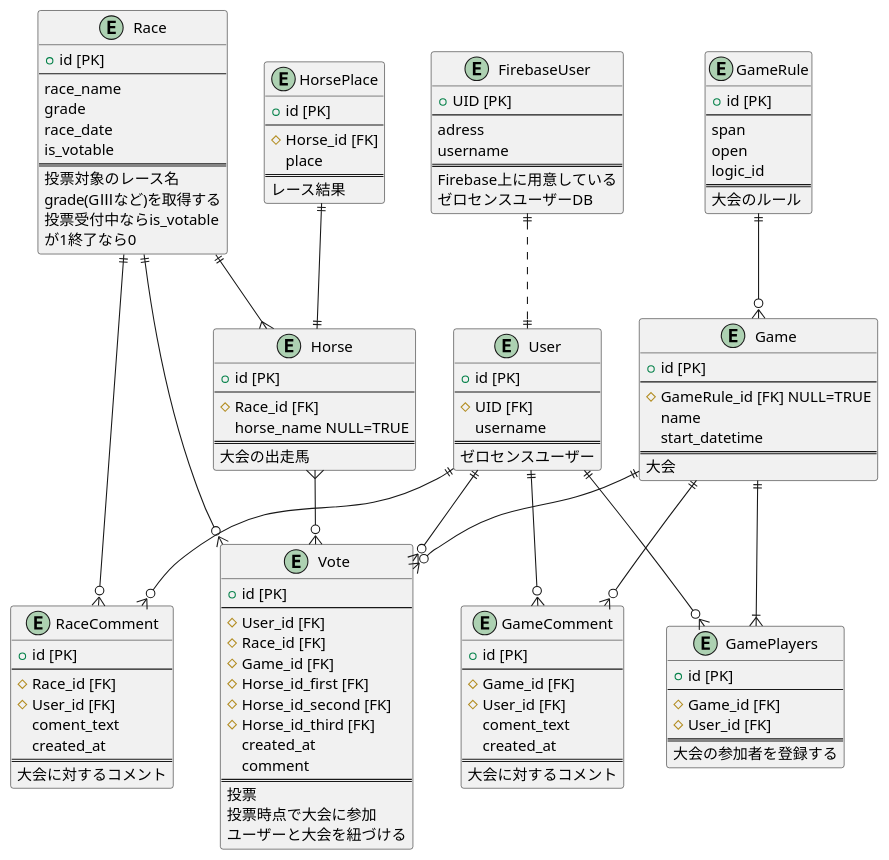
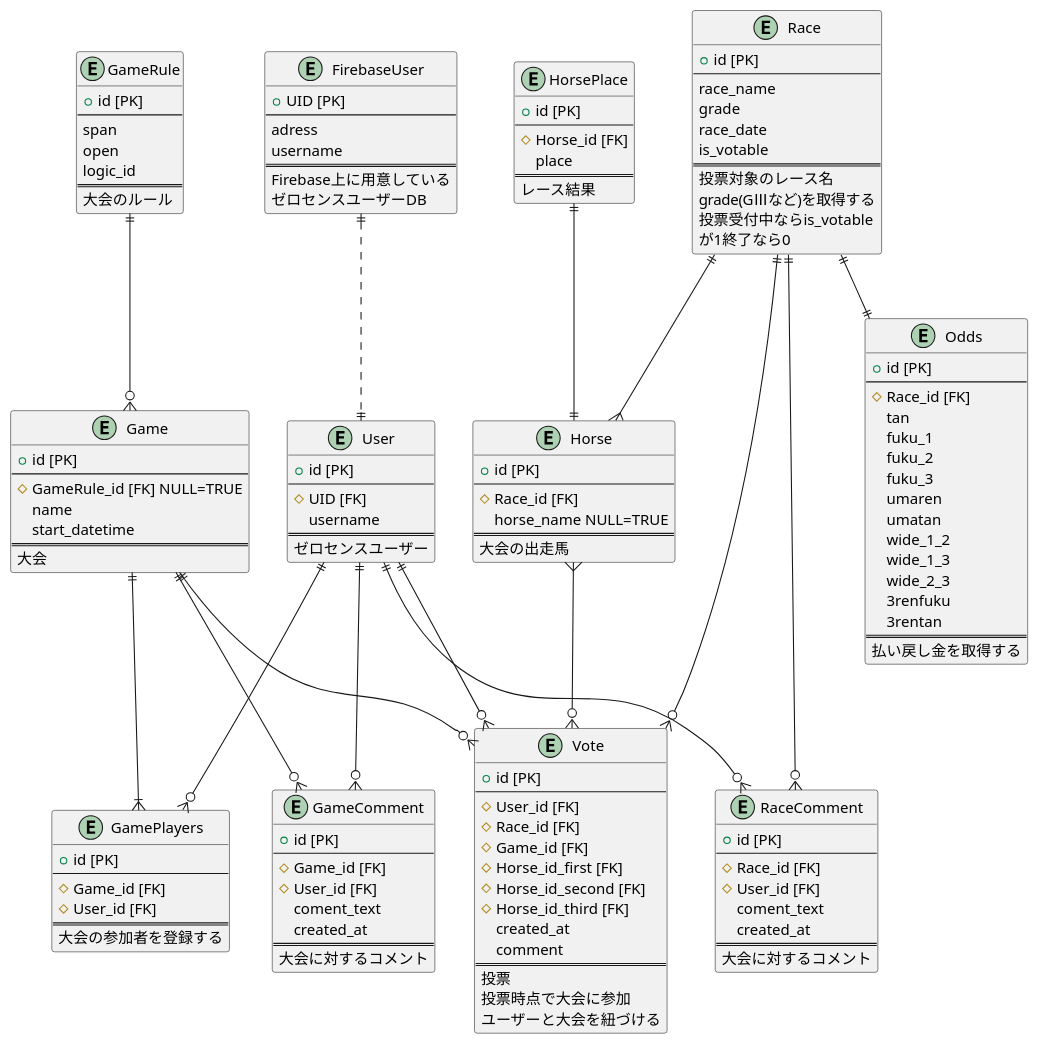
The diagram in UML/ER.pu (Kengo106/zerosense), drawn with PlantUML before and after one commit. The commit also changed 8 other files, not shown here.

```diff
--- a/UML/ER.pu
+++ b/UML/ER.pu
@@ -1,138 +1,157 @@
-@startuml 20230829_ER図
+@startuml 20230907_ER図
 
 
 entity HorsePlace {
   + id [PK]
   --
   # Horse_id [FK]
   place
   ==
   レース結果
 }
 
 entity User {
   + id [PK]
   --
   # UID [FK]
   username
   ==
   ゼロセンスユーザー
 }
 
 entity FirebaseUser {
   + UID [PK]
   --
   adress 
   username
   ==
   Firebase上に用意している
   ゼロセンスユーザーDB
 }
 
 entity Game {
   + id [PK]
   --
   # GameRule_id [FK] NULL=TRUE
   name
   start_datetime
   ==
   大会
 }
 
 entity GameRule {
   + id [PK]
   --
   span
   open
   logic_id
   ==
   大会のルール
 }
 
 entity Vote {
   + id [PK]
   --
   # User_id [FK]
   # Race_id [FK]
   # Game_id [FK]
   # Horse_id_first [FK]
   # Horse_id_second [FK]
   # Horse_id_third [FK]
   created_at
   comment
   ==
   投票
   投票時点で大会に参加
   ユーザーと大会を紐づける
 }
 
 entity Race{
   + id [PK]
   --
   race_name
   grade
   race_date
   is_votable
   ==
   投票対象のレース名
   grade(GⅢなど)を取得する  
   投票受付中ならis_votable
   が1終了なら0
 }
 
 entity Horse {
   + id [PK]
   --
   # Race_id [FK] 
   horse_name NULL=TRUE
   ==
   大会の出走馬
 }
 
+entity Odds {
+  + id [PK]
+  --
+  # Race_id [FK]
+  tan
+  fuku_1
+  fuku_2
+  fuku_3
+  umaren
+  umatan
+  wide_1_2
+  wide_1_3
+  wide_2_3
+  3renfuku
+  3rentan
+  ==
+  払い戻し金を取得する
+}
+
 entity GameComment {
   + id [PK]
   --
   # Game_id [FK]
   # User_id [FK]
   coment_text
   created_at
   ==
   大会に対するコメント
 }
 
 entity GamePlayers {
   + id [PK]
   --
   # Game_id [FK]
   # User_id [FK]
   ==
   大会の参加者を登録する
 }
 
 entity RaceComment {
   + id [PK]
   --
   # Race_id [FK]
   # User_id [FK]
   coment_text
   created_at
   ==
   大会に対するコメント
 }
 
-
+Race ||--|| Odds
 User ||--o{ Vote
 Horse }--o{ Vote
 Race ||--o{ Vote
 Game ||--o{ Vote
 Race ||--{ Horse
 User ||--o{ GameComment
 Game ||--o{ GameComment
 User ||--o{ RaceComment
 Race ||--o{ RaceComment
 GameRule ||--o{ Game
 HorsePlace ||--|| Horse
 FirebaseUser ||..|| User
 Game ||--|{ GamePlayers
 User ||--o{ GamePlayers
 @enduml
```
